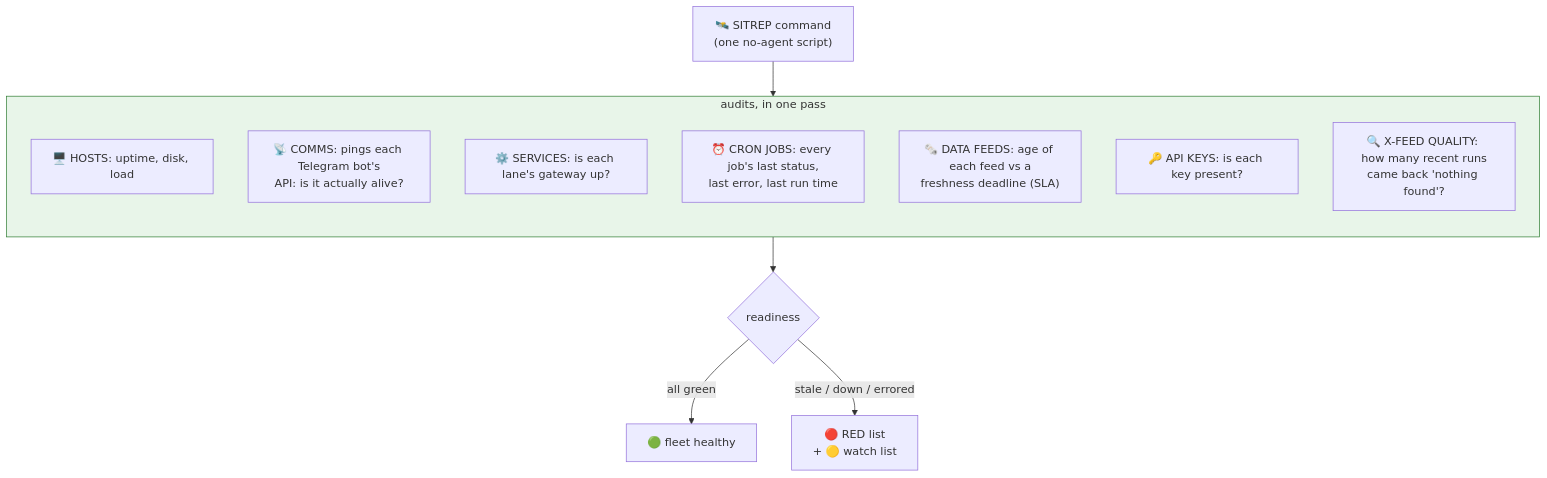
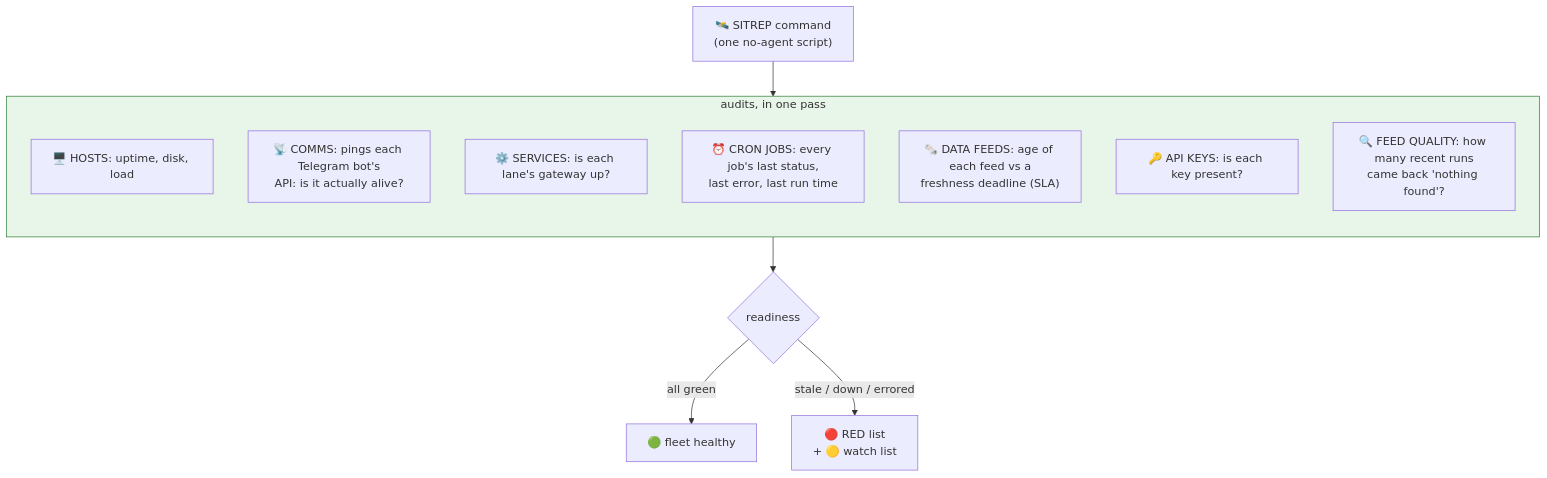
The first of 5 diagrams in docs/09-the-ops-lane.md (nickmuchi87/hermes-agents-showcase), drawn with Mermaid before and after one commit. The commit also changed other lines of this file and 8 other files, not shown here.

````diff
--- a/docs/09-the-ops-lane.md
+++ b/docs/09-the-ops-lane.md
@@ -21,20 +21,20 @@
 ```mermaid
 flowchart TB
     sitrep["🛰️ SITREP command<br/>(one no-agent script)"] --> checks
     subgraph checks["audits, in one pass"]
         direction TB
         c1["🖥️ HOSTS: uptime, disk, load"]
         c2["📡 COMMS: pings each Telegram bot's<br/>API: is it actually alive?"]
         c3["⚙️ SERVICES: is each lane's gateway up?"]
         c4["⏰ CRON JOBS: every job's last status,<br/>last error, last run time"]
         c5["🗞️ DATA FEEDS: age of each feed vs a<br/>freshness deadline (SLA)"]
         c6["🔑 API KEYS: is each key present?"]
-        c7["🔍 X-FEED QUALITY: how many recent runs<br/>came back 'nothing found'?"]
+        c7["🔍 FEED QUALITY: how many recent runs<br/>came back 'nothing found'?"]
     end
     checks --> verdict{readiness}
     verdict -->|all green| ok["🟢 fleet healthy"]
     verdict -->|stale / down / errored| red["🔴 RED list<br/>+ 🟡 watch list"]
 
     classDef g fill:#e8f5e9,stroke:#2e7d32;
     class checks g;
 ```
````
